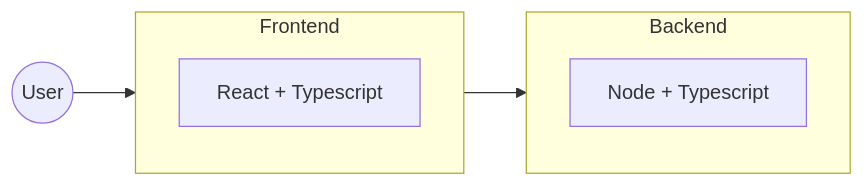
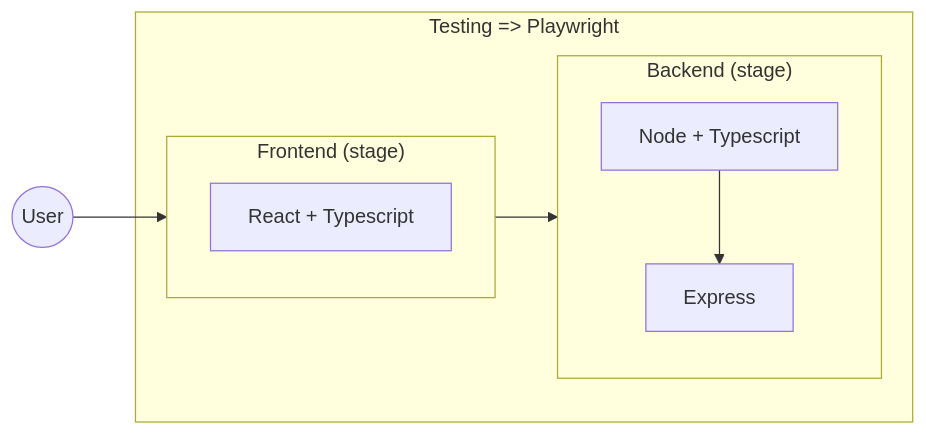
One commit to OfficialApurvChatur/POC02-ExpressSetup changed the third of 3 diagrams in Readme.md. Above: the diagram before and after it, drawn with Mermaid. The commit also changed other lines of this file and 8 other files, not shown here.

Commit message:
001: node connection created (backend)

````diff
--- a/Readme.md
+++ b/Readme.md
@@ -38,13 +41,18 @@
 ```mermaid
   flowchart LR
     User(("User"))
-    subgraph Frontend["Frontend"]
-      React["React + Typescript"]
-    end
-    subgraph Backend["Backend"]
-      Node["Node + Typescript"]
+
+    subgraph Testing["Testing => Playwright"]
+      subgraph Frontend["Frontend (stage)"]
+        React["React + Typescript"]
+      end
+      subgraph Backend["Backend (stage)"]
+        Node["Node + Typescript"]
+        Express["Express"]
+      end
     end
 
     User --> Frontend
     Frontend --> Backend
+    Node --> Express
 ```
````
